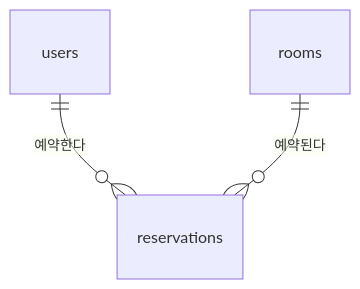
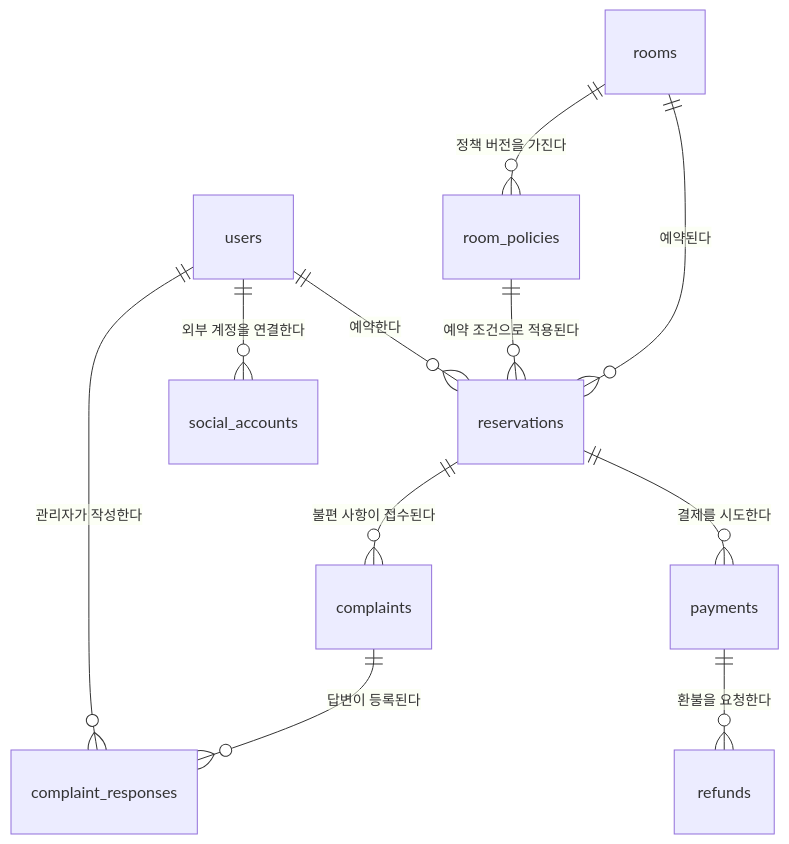
Before and after one commit to mal1ing/RoomReservation: the diagram in docs/erd.md, drawn with Mermaid. The commit also changed other lines of this file, not shown here.

Commit message:
docs: ERD 관계 및 테이블 상세 정의 보완

````diff
--- a/docs/erd.md
+++ b/docs/erd.md
@@ -5,5 +5,13 @@
 ```mermaid
 erDiagram
     users ||--o{ reservations : "예약한다"
     rooms ||--o{ reservations : "예약된다"
+    rooms ||--o{ room_policies : "정책 버전을 가진다"
+    room_policies || --o{ reservations : "예약 조건으로 적용된다"
+    users ||--o{ social_accounts : "외부 계정을 연결한다"
+    reservations ||--o{ payments : "결제를 시도한다"
+    payments ||--o{ refunds : "환불을 요청한다"
+    reservations ||--o{ complaints : "불편 사항이 접수된다"
+    complaints ||--o{ complaint_responses : "답변이 등록된다"
+    users ||--o{ complaint_responses : "관리자가 작성한다"
 ```
````
